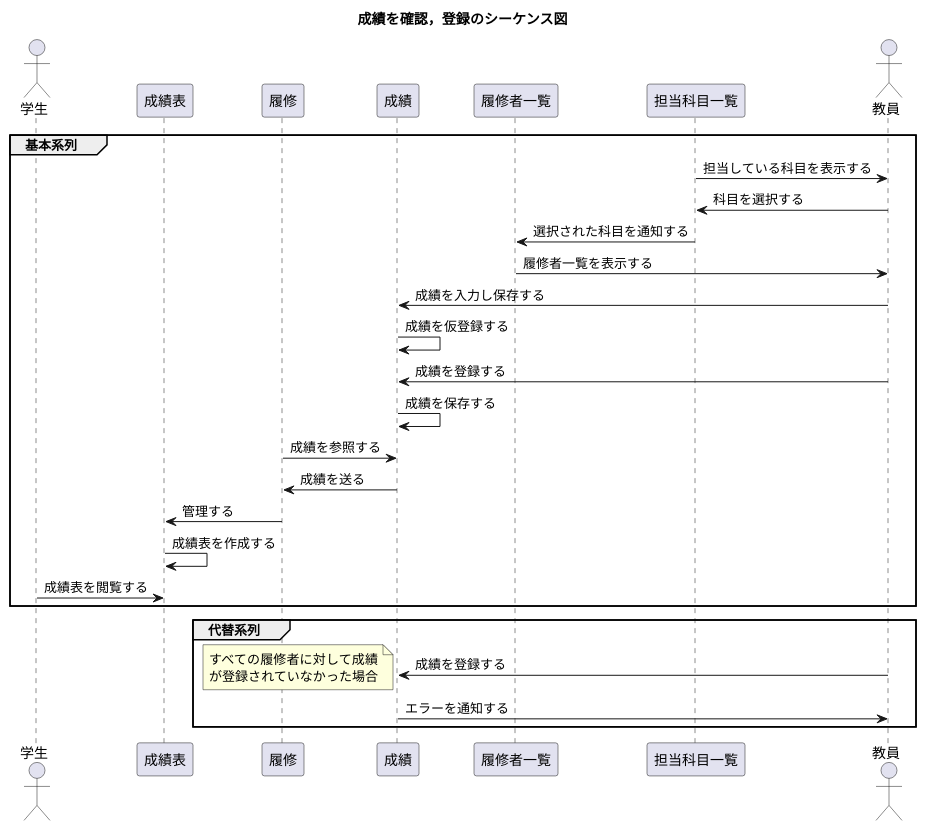
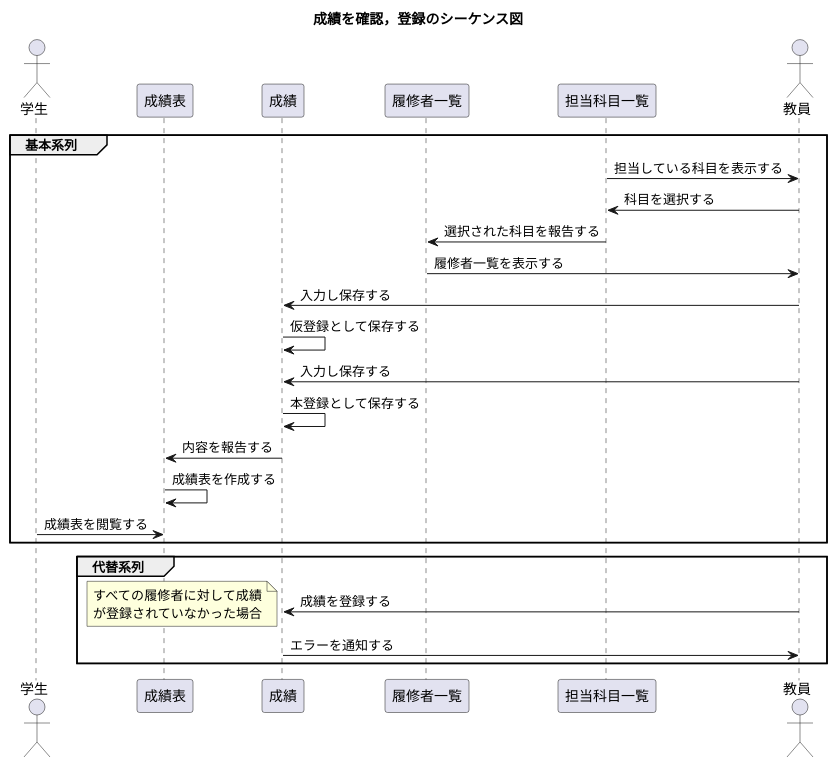
The diagram in uml/15/sequence4.puml (tanusai646/software-desine), drawn with PlantUML before and after one commit. The commit also changed 6 other files, not shown here.

Commit message:
シーケンス図の修正

```diff
--- a/uml/15/sequence4.puml
+++ b/uml/15/sequence4.puml
@@ -1,37 +1,34 @@
-@startuml 成績を確認するのシーケンス図
+@startuml 6-4
 title 成績を確認，登録のシーケンス図
 'クラス等
 actor 学生 as foo1
 participant 成績表 as foo2
-participant 履修 as foo3
-participant 成績 as foo8
-participant 履修者一覧 as foo6
-participant 担当科目一覧 as foo7
-actor 教員 as foo9
+participant 成績 as foo3
+participant 履修者一覧 as foo4
+participant 担当科目一覧 as foo5
+actor 教員 as foo6
 
 group 基本系列
-    foo7 -> foo9 : 担当している科目を表示する
-    foo9 -> foo7 : 科目を選択する
-    foo7 -> foo6 : 選択された科目を通知する
-    foo6 -> foo9 : 履修者一覧を表示する
-    foo9 -> foo8 : 成績を入力し保存する
-    foo8 -> foo8 : 成績を仮登録する
-    foo9 -> foo8 : 成績を登録する
-    foo8 -> foo8 : 成績を保存する
-    foo3 -> foo8 : 成績を参照する
-    foo8 -> foo3 : 成績を送る
-    foo3 -> foo2 : 管理する
+    foo5 -> foo6 : 担当している科目を表示する
+    foo6 -> foo5 : 科目を選択する
+    foo5 -> foo4 : 選択された科目を報告する
+    foo4 -> foo6 : 履修者一覧を表示する
+    foo6 -> foo3 : 入力し保存する
+    foo3 -> foo3 : 仮登録として保存する
+    foo6 -> foo3 : 入力し保存する
+    foo3 -> foo3 : 本登録として保存する
+    foo3 -> foo2 : 内容を報告する
     foo2 -> foo2 : 成績表を作成する
     foo1 -> foo2 : 成績表を閲覧する
 end
 
 group 代替系列
-    foo9 -> foo8 : 成績を登録する
+    foo6 -> foo3 : 成績を登録する
     note left
         すべての履修者に対して成績
         が登録されていなかった場合
     end note
-    foo8 -> foo9 : エラーを通知する
+    foo3 -> foo6 : エラーを通知する
 end
 
 @enduml
```
